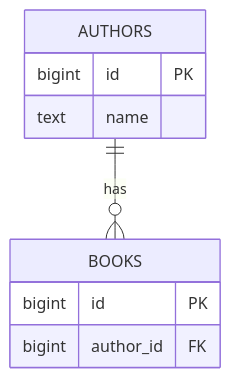
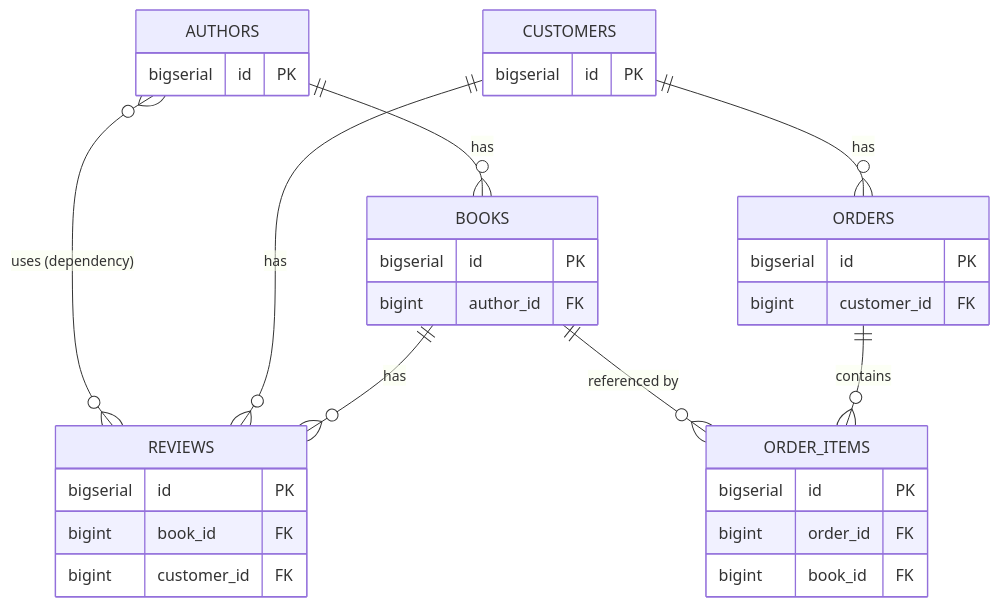
One commit to zemarsil/DatabaseVisualizer changed the diagram in docs/walkthroughs/11-trace-a-path-between-tables.md. Above: the diagram before and after it, drawn with Mermaid. The commit also changed other lines of this file and 8 other files, not shown here.

````diff
--- a/docs/walkthroughs/11-trace-a-path-between-tables.md
+++ b/docs/walkthroughs/11-trace-a-path-between-tables.md
@@ -30,12 +41,34 @@
 ```mermaid
 erDiagram
-    AUTHORS ||--o{ BOOKS : has
+    AUTHORS ||--o{ BOOKS : "has"
+    BOOKS ||--o{ REVIEWS : "has"
+    CUSTOMERS ||--o{ REVIEWS : "has"
+    CUSTOMERS ||--o{ ORDERS : "has"
+    ORDERS ||--o{ ORDER_ITEMS : "contains"
+    BOOKS ||--o{ ORDER_ITEMS : "referenced by"
+    AUTHORS }o--o{ REVIEWS : "uses (dependency)"
     AUTHORS {
-        bigint id PK
-        text name
+        bigserial id PK
     }
     BOOKS {
-        bigint id PK
+        bigserial id PK
         bigint author_id FK
     }
+    REVIEWS {
+        bigserial id PK
+        bigint book_id FK
+        bigint customer_id FK
+    }
+    CUSTOMERS {
+        bigserial id PK
+    }
+    ORDERS {
+        bigserial id PK
+        bigint customer_id FK
+    }
+    ORDER_ITEMS {
+        bigserial id PK
+        bigint order_id FK
+        bigint book_id FK
+    }
 ```
````
